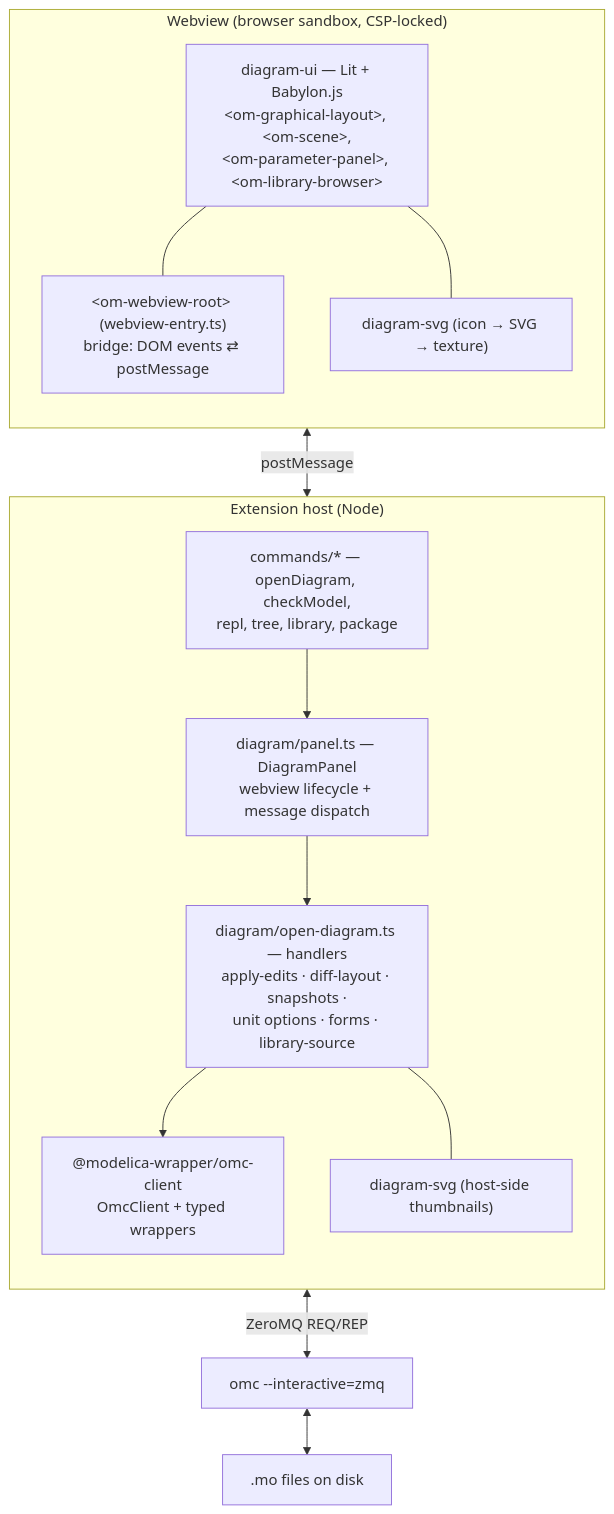
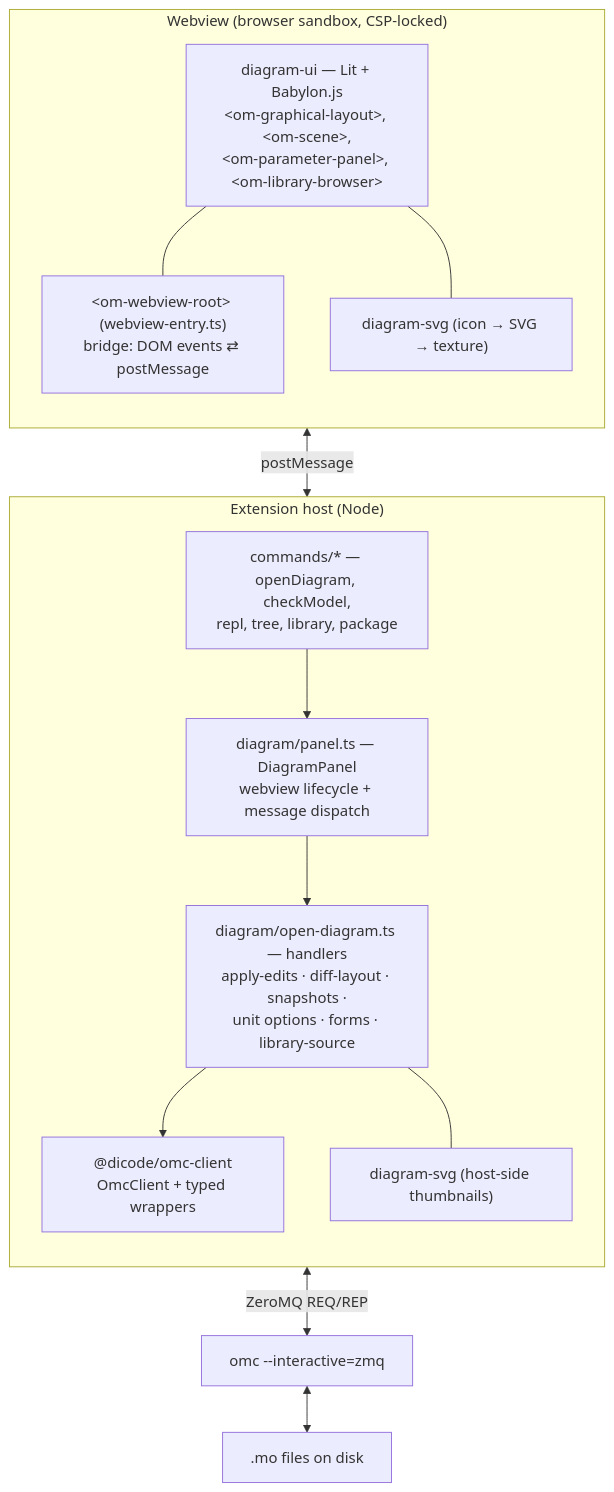
One commit to dicode-ayo/modelica-wrapper changed the first of 3 diagrams in docs/architecture.md. Above: the diagram before and after it, drawn with Mermaid. The commit also changed 175 other files, not shown here.

````diff
--- a/docs/architecture.md
+++ b/docs/architecture.md
@@ -18,29 +18,29 @@
 ```mermaid
 flowchart TB
     subgraph WV["Webview (browser sandbox, CSP-locked)"]
         direction TB
         DUI["diagram-ui — Lit + Babylon.js<br/>&lt;om-graphical-layout&gt;, &lt;om-scene&gt;,<br/>&lt;om-parameter-panel&gt;, &lt;om-library-browser&gt;"]
         ROOT["&lt;om-webview-root&gt; (webview-entry.ts)<br/>bridge: DOM events ⇄ postMessage"]
         DSVG1["diagram-svg (icon → SVG → texture)"]
         DUI --- ROOT
         DUI --- DSVG1
     end
 
     subgraph HOST["Extension host (Node)"]
         direction TB
         CMD["commands/* — openDiagram, checkModel,<br/>repl, tree, library, package"]
         PANEL["diagram/panel.ts — DiagramPanel<br/>webview lifecycle + message dispatch"]
         HANDLERS["diagram/open-diagram.ts — handlers<br/>apply-edits · diff-layout · snapshots ·<br/>unit options · forms · library-source"]
-        OCLIENT["@modelica-wrapper/omc-client<br/>OmcClient + typed wrappers"]
+        OCLIENT["@dicode/omc-client<br/>OmcClient + typed wrappers"]
         CMD --> PANEL --> HANDLERS --> OCLIENT
         DSVG2["diagram-svg (host-side thumbnails)"]
         HANDLERS --- DSVG2
     end
 
     OMC["omc --interactive=zmq"]
     FILES[".mo files on disk"]
 
     ROOT <-->|"postMessage"| PANEL
     OCLIENT <-->|"ZeroMQ REQ/REP"| OMC
     OMC <--> FILES
 ```
````
